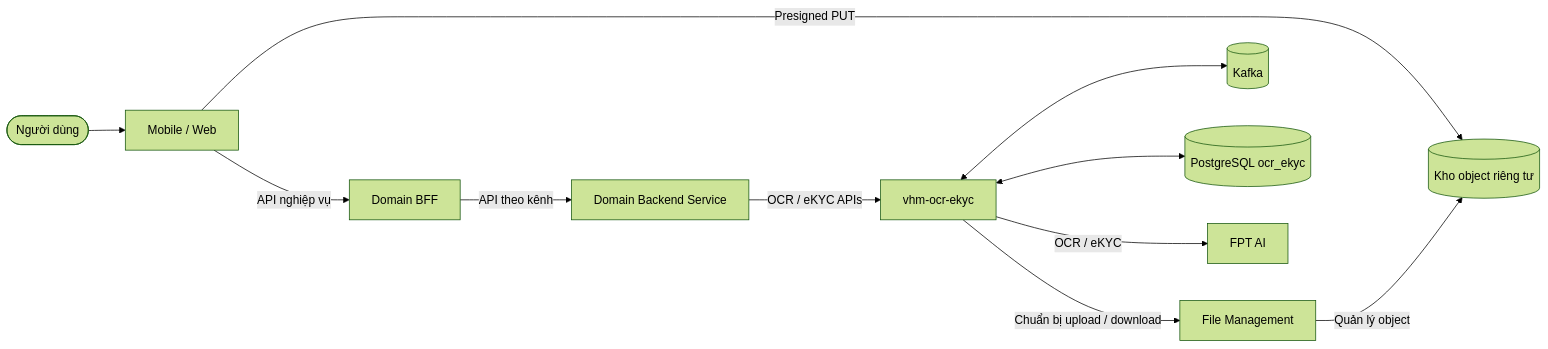
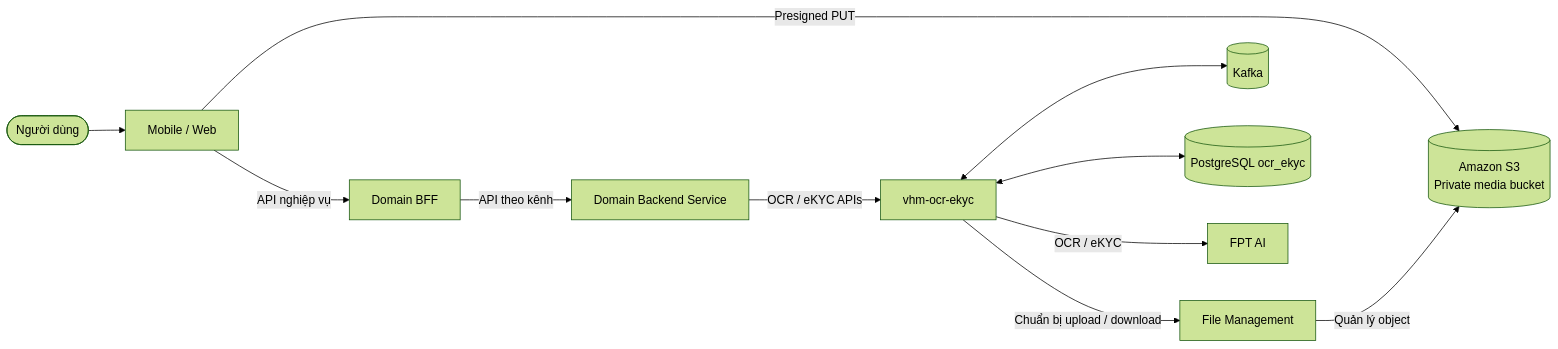
Before and after one commit to huynv-xyz/vhm: the first of 12 diagrams in tdd-ocr-ekyc.md, drawn with Mermaid (forest theme). The commit also changed other lines of this file, not shown here.

````diff
--- a/tdd-ocr-ekyc.md
+++ b/tdd-ocr-ekyc.md
@@ -204,24 +199,24 @@
 ```mermaid
 flowchart LR
     USER([Người dùng])
     APP[Mobile / Web]
     BFF[Domain BFF]
     DOMAIN[Domain Backend Service]
     OCR[vhm-ocr-ekyc]
     FILE[File Management]
-    STORE[(Kho object riêng tư)]
+    STORE[(Amazon S3<br/>Private media bucket)]
     KAFKA[(Kafka)]
     DB[(PostgreSQL ocr_ekyc)]
     FPT[FPT AI]
 
     USER --> APP
     APP -->|API nghiệp vụ| BFF
     APP -->|Presigned PUT| STORE
     BFF -->|API theo kênh| DOMAIN
     DOMAIN -->|OCR / eKYC APIs| OCR
     OCR -->|Chuẩn bị upload / download| FILE
     FILE -->|Quản lý object| STORE
     OCR <--> DB
     OCR <--> KAFKA
     OCR -->|OCR / eKYC| FPT
 ```
````
